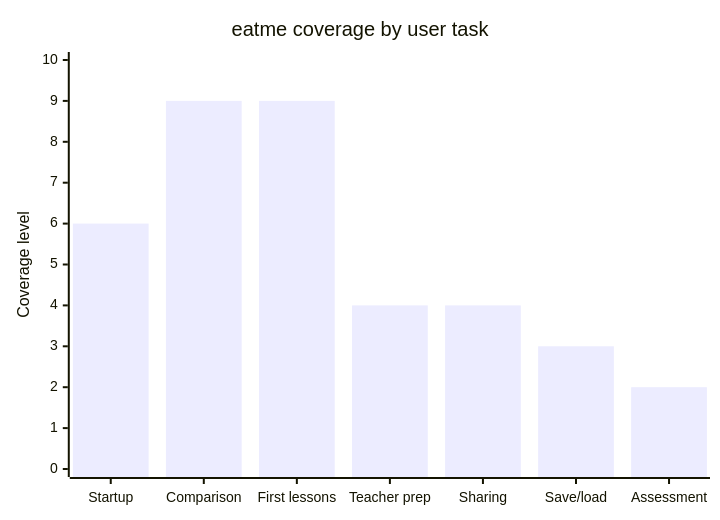
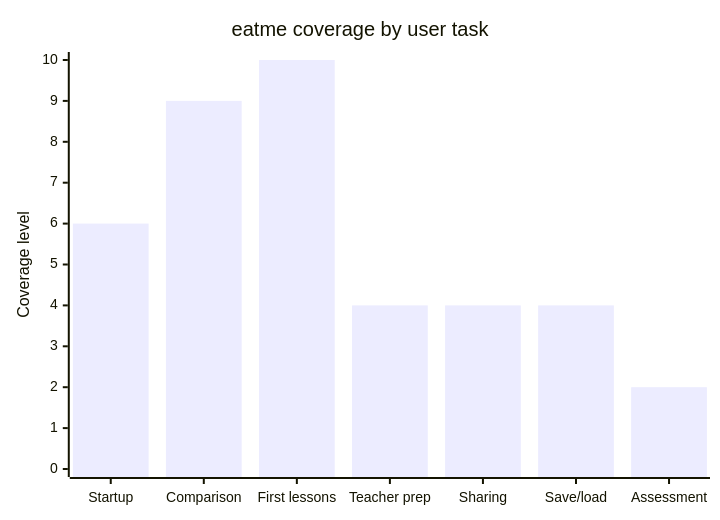
The fourth of 6 diagrams in README.md (rysweet/drinkme), drawn with Mermaid before and after one commit. The commit also changed other lines of this file and 2 other files, not shown here.

````diff
--- a/README.md
+++ b/README.md
@@ -102,7 +102,7 @@
 ```mermaid
 xychart-beta
   title "eatme coverage by user task"
   x-axis ["Startup", "Comparison", "First lessons", "Teacher prep", "Sharing", "Save/load", "Assessment"]
   y-axis "Coverage level" 0 --> 10
-  bar [6, 9, 9, 4, 4, 3, 2]
+  bar [6, 9, 10, 4, 4, 4, 2]
 ```
````
